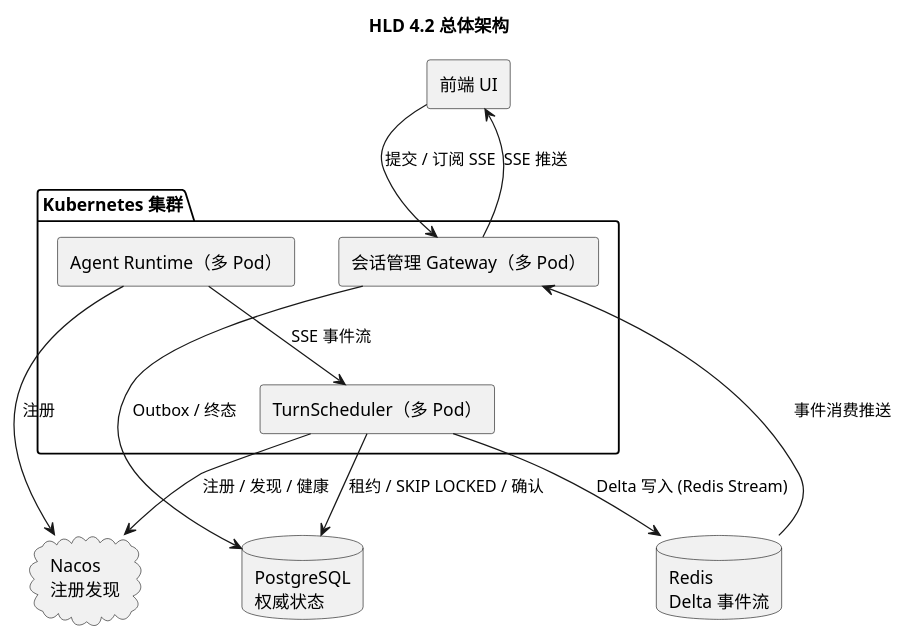
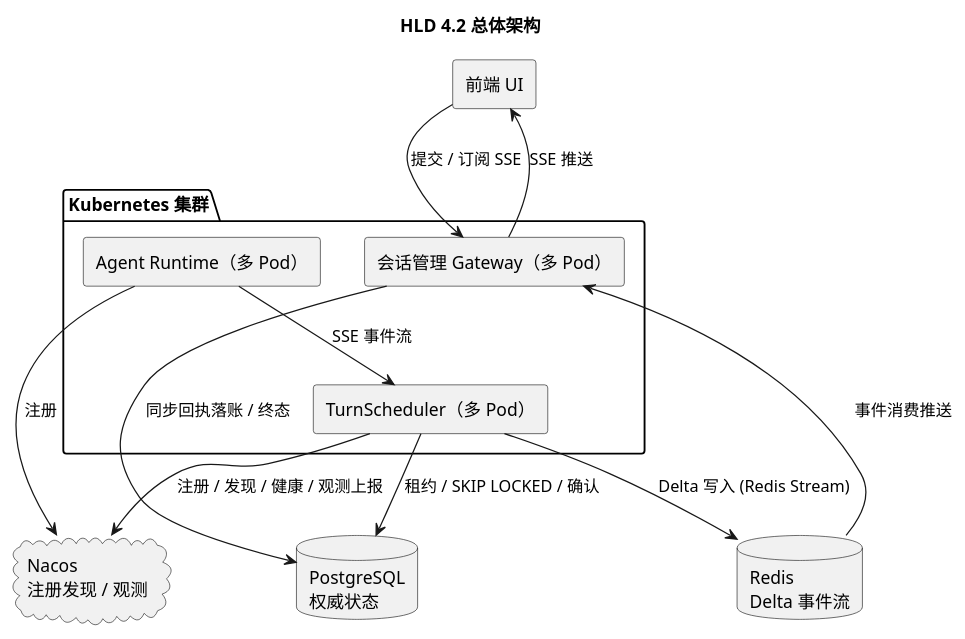
One commit to JamesLi-NLP/AgentGateway changed the second of 7 diagrams in design/diagrams/plantuml/turn-scheduler-hld.puml. Above: the diagram before and after it, drawn with PlantUML. The commit also changed other lines of this file and 13 other files, not shown here.

```diff
--- a/design/diagrams/plantuml/turn-scheduler-hld.puml
+++ b/design/diagrams/plantuml/turn-scheduler-hld.puml
@@ -51,26 +49,26 @@
 @startuml hld-42-architecture
 title HLD 4.2 总体架构
 skinparam backgroundColor white
 skinparam defaultFontName "Microsoft YaHei"
 skinparam componentStyle rectangle
 
 [前端 UI] as UI
 package "Kubernetes 集群" as K8S {
   component "会话管理 Gateway（多 Pod）" as GW
   component "TurnScheduler（多 Pod）" as TS
   component "Agent Runtime（多 Pod）" as RT
 }
 database "PostgreSQL\n权威状态" as PG
 database "Redis\nDelta 事件流" as RD
-cloud "Nacos\n注册发现" as NC
+cloud "Nacos\n注册发现 / 观测" as NC
 
 UI --> GW : 提交 / 订阅 SSE
-GW --> PG : Outbox / 终态
+GW --> PG : 同步回执落账 / 终态
 TS --> PG : 租约 / SKIP LOCKED / 确认
 TS --> RD : Delta 写入 (Redis Stream)
-TS --> NC : 注册 / 发现 / 健康
+TS --> NC : 注册 / 发现 / 健康 / 观测上报
 RT --> NC : 注册
 RT --> TS : SSE 事件流
 RD --> GW : 事件消费推送
 GW --> UI : SSE 推送
 @enduml
```
